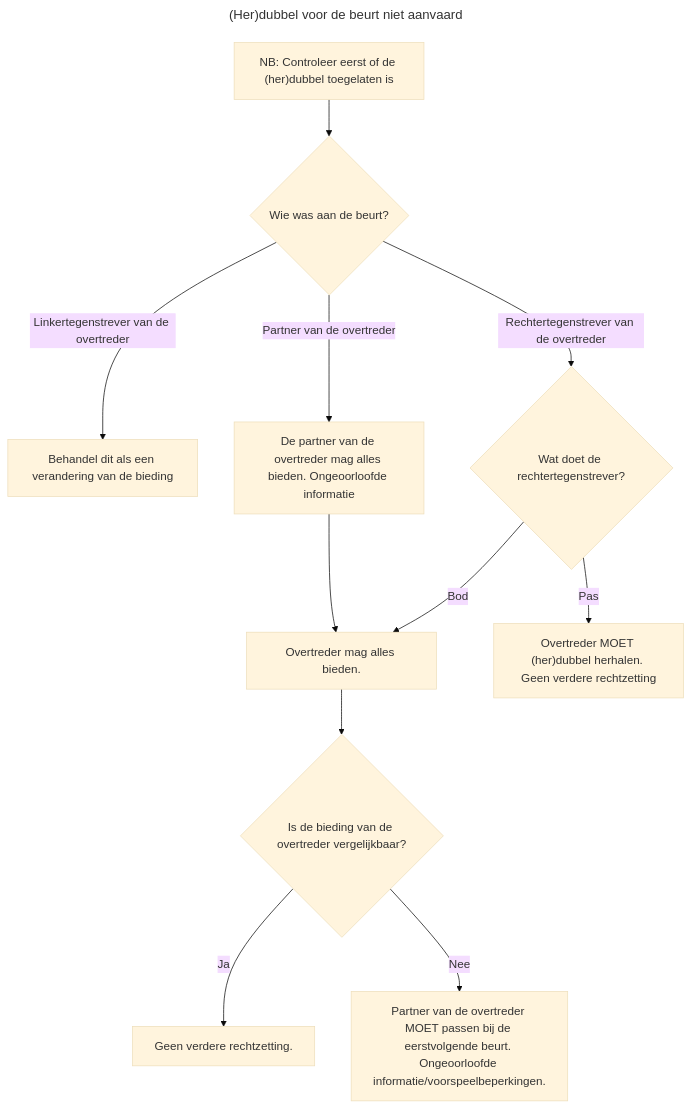
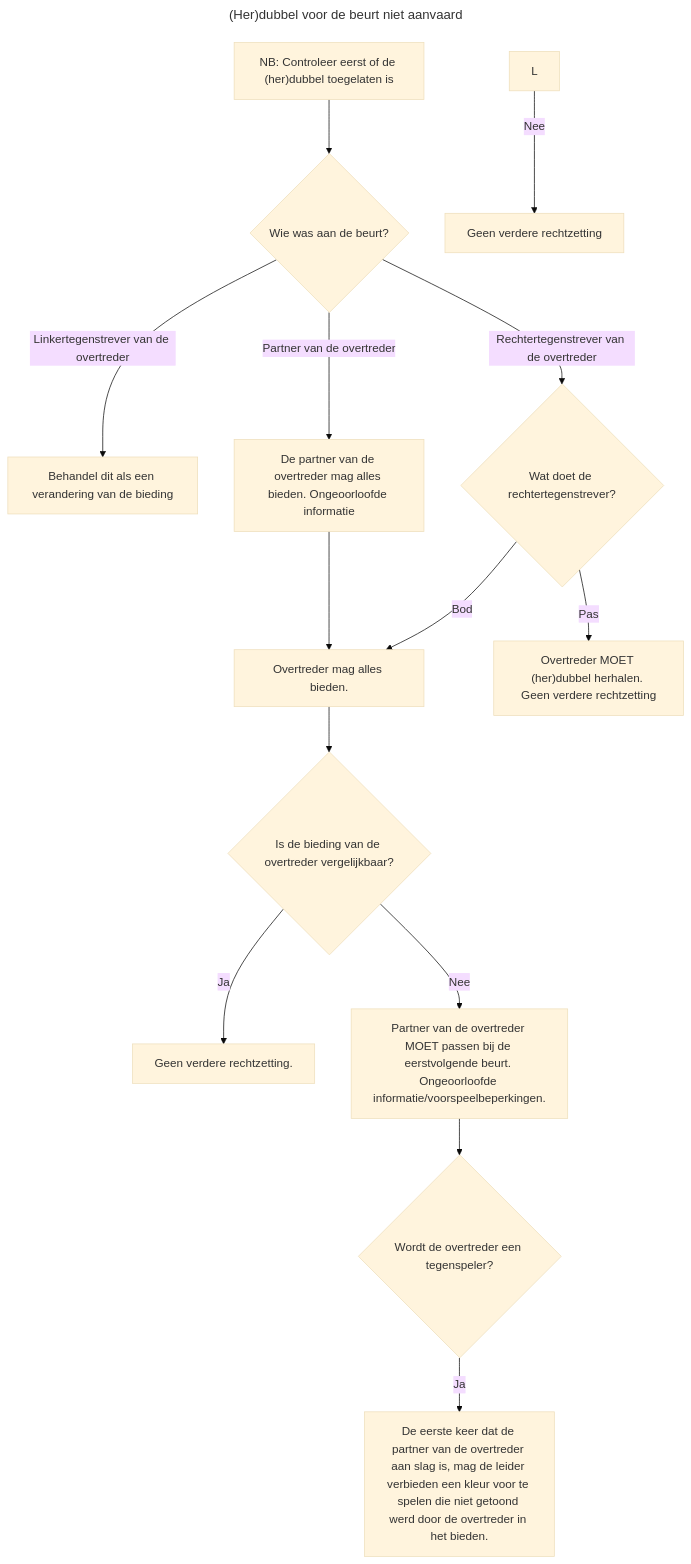
Before and after one commit to tcorneli/CTL-instructies: the diagram in (her)dubbel-voor-de-beurt-niet-geaccepteerd.md, drawn with Mermaid (base theme).

Commit message:
Enhance rules for partner of the overtreder
Added clarification on the consequences for the partner of the overtreder in case of a violation.

````diff
--- a/(her)dubbel-voor-de-beurt-niet-geaccepteerd.md
+++ b/(her)dubbel-voor-de-beurt-niet-geaccepteerd.md
@@ -1,17 +1,19 @@
 ```mermaid
 ---
 title: (Her)dubbel voor de beurt niet aanvaard
 ---
 graph TD
     Z["NB: Controleer eerst of de (her)dubbel toegelaten is"] --> A
     A{Wie was aan de beurt?}
     A -->|Linkertegenstrever van de overtreder| B[Behandel dit als een verandering van de bieding]
     A -->|Partner van de overtreder| C[De partner van de overtreder mag alles bieden. Ongeoorloofde informatie]
     C --> D[Overtreder mag alles bieden.]
     A -->|Rechtertegenstrever van de overtreder| E{Wat doet de rechtertegenstrever?}
     E -->|Bod| D
     E -->|Pas| F["Overtreder MOET (her)dubbel herhalen. Geen verdere rechtzetting"]
     D --> G{Is de bieding van de overtreder vergelijkbaar?}
     G -->|Ja| H[Geen verdere rechtzetting.]
-    G -->|Nee| I[Partner van de overtreder MOET passen bij de eerstvolgende beurt. Ongeoorloofde informatie/voorspeelbeperkingen.]
+    G -->|Nee| I[Partner van de overtreder MOET passen bij de eerstvolgende beurt. Ongeoorloofde informatie/voorspeelbeperkingen.]-->J{Wordt de overtreder een tegenspeler?}
+    J -->|Ja| K[De eerste keer dat de partner van de overtreder aan slag is, mag de leider verbieden een kleur voor te spelen die niet getoond werd door de overtreder in het bieden.]
+    L -->|Nee| M[Geen verdere rechtzetting]
 ```
````
